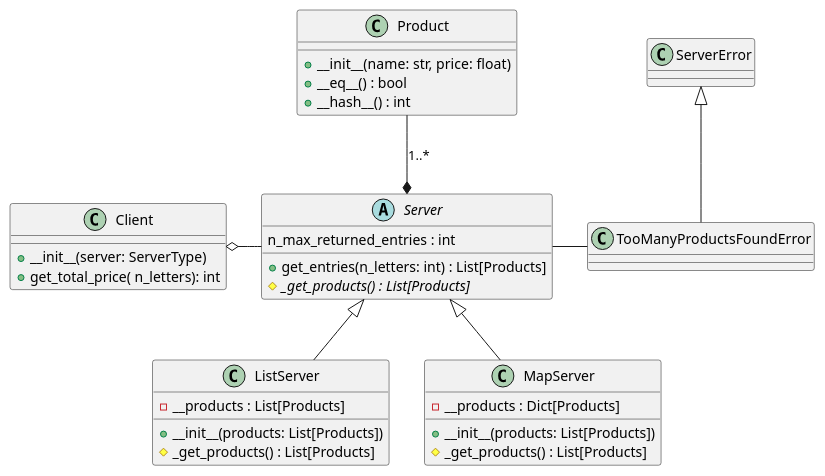
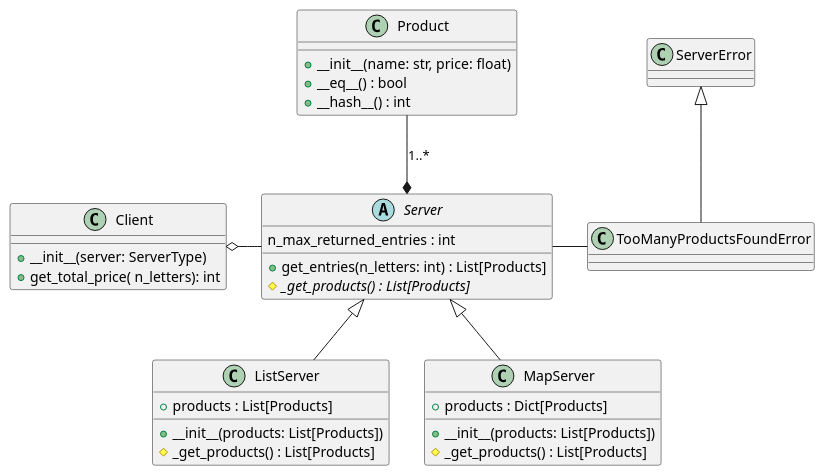
The diagram in uml.puml (Mac-Adam/Serwery-ZPO), drawn with PlantUML before and after one commit. The commit also changed 4 other files, not shown here.

```diff
--- a/uml.puml
+++ b/uml.puml
@@ -1,46 +1,46 @@
 @startuml 
 
  class Product {
     +__init__(name: str, price: float)
     +__eq__() : bool
     +__hash__() : int
 
 }
 
 
 abstract class Server {
     n_max_returned_entries : int
     +get_entries(n_letters: int) : List[Products]
     #{abstract} _get_products() : List[Products]
 }
 class ListServer {
-    -__products : List[Products]
+    +products : List[Products]
     +__init__(products: List[Products])
     #_get_products() : List[Products]
 }
 class MapServer {
-    -__products : Dict[Products]
+    +products : Dict[Products]
     +__init__(products: List[Products])
     #_get_products() : List[Products]
 }
 
 class Client {
     +__init__(server: ServerType)
     +get_total_price( n_letters): int
 }
 class ServerError
 
 class TooManyProductsFoundError
 
 ServerError <|-- TooManyProductsFoundError
 
 Server -Right- TooManyProductsFoundError
 
 Server <|-- MapServer
 Server <|-- ListServer
 
 Product --* Server : 1..*
 
 Server -Left-o Client
 
 @enduml
```
